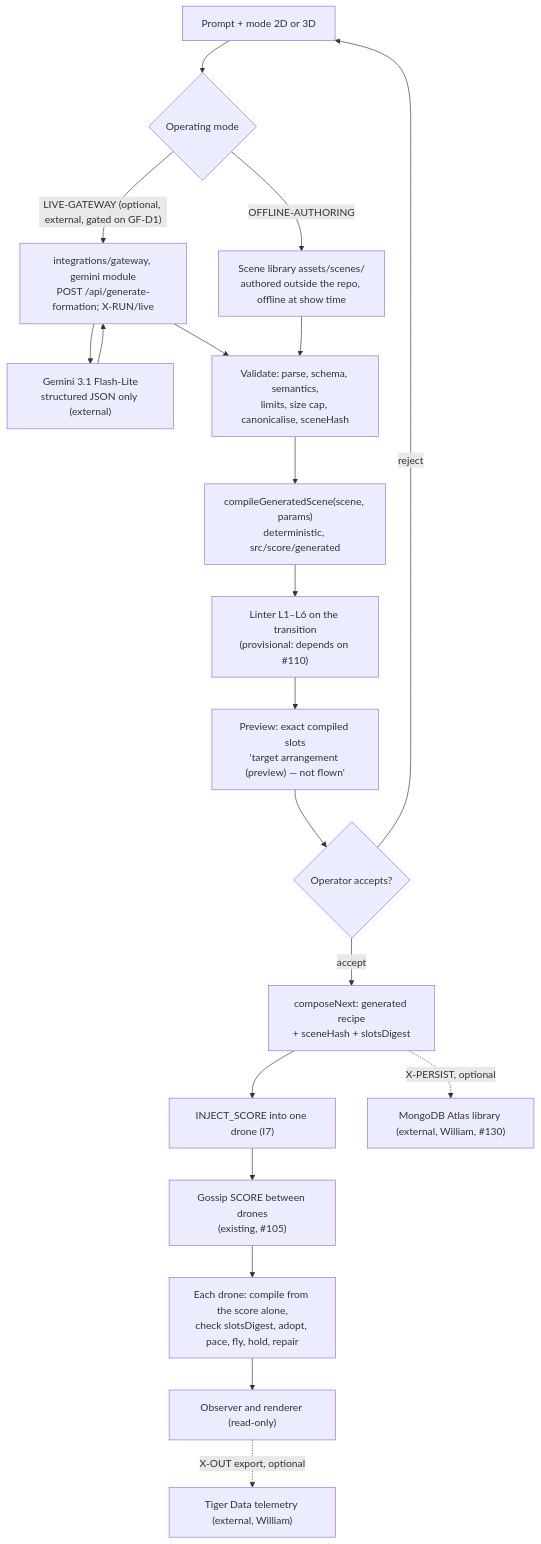
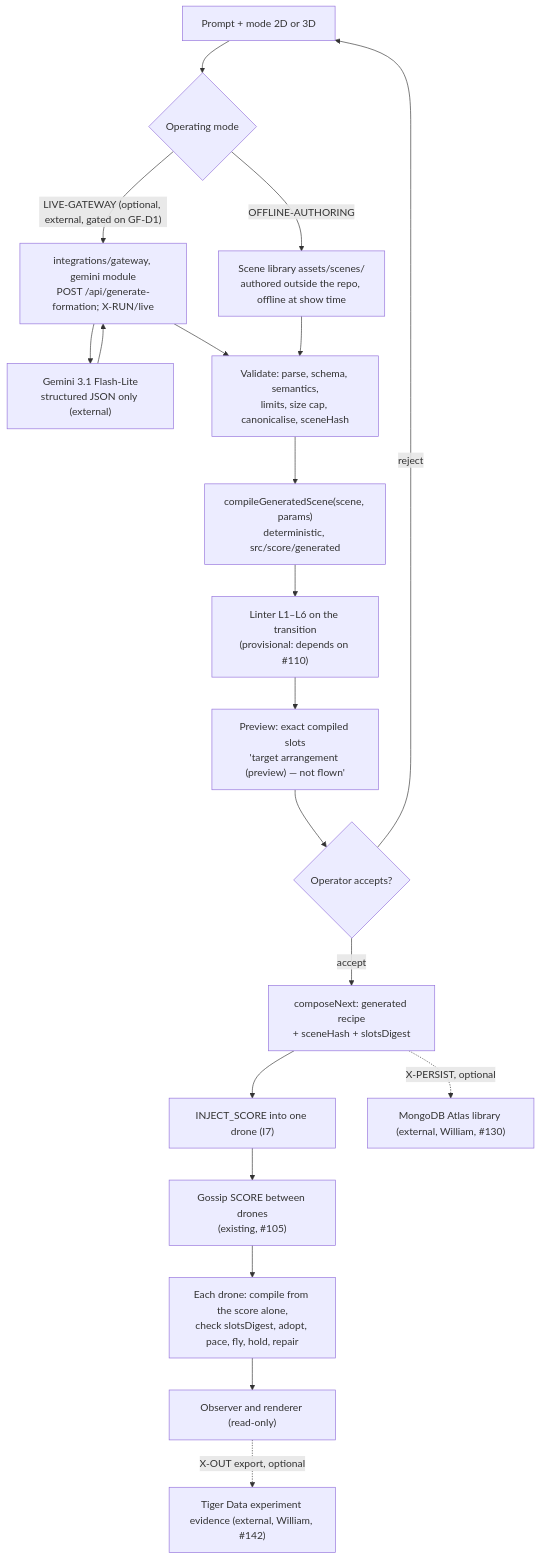
The diagram in docs/integrations/gemini-generated-formations.md (durhacko/Pihh), drawn with Mermaid before and after one commit. The commit also changed other lines of this file and 2 other files, not shown here.

````diff
--- a/docs/integrations/gemini-generated-formations.md
+++ b/docs/integrations/gemini-generated-formations.md
@@ -136,22 +161,22 @@
 ```mermaid
 flowchart TD
   P["Prompt + mode 2D or 3D"] --> G{"Operating mode"}
   G -->|"LIVE-GATEWAY (optional, external, gated on GF-D1)"| GW["integrations/gateway, gemini module<br/>POST /api/generate-formation; X-RUN/live"]
   GW --> GM["Gemini 3.1 Flash-Lite<br/>structured JSON only (external)"]
   GM --> GW
   G -->|"OFFLINE-AUTHORING"| LIB["Scene library assets/scenes/<br/>authored outside the repo, offline at show time"]
   GW --> V["Validate: parse, schema, semantics,<br/>limits, size cap, canonicalise, sceneHash"]
   LIB --> V
   V --> C["compileGeneratedScene(scene, params)<br/>deterministic, src/score/generated"]
   C --> L["Linter L1–L6 on the transition<br/>(provisional: depends on #110)"]
   L --> PV["Preview: exact compiled slots<br/>'target arrangement (preview) — not flown'"]
   PV --> A{"Operator accepts?"}
   A -->|"reject"| P
   A -->|"accept"| CN["composeNext: generated recipe<br/>+ sceneHash + slotsDigest"]
   CN --> INJ["INJECT_SCORE into one drone (I7)"]
   INJ --> GS["Gossip SCORE between drones<br/>(existing, #105)"]
   GS --> D["Each drone: compile from the score alone,<br/>check slotsDigest, adopt, pace, fly, hold, repair"]
   D --> OBS["Observer and renderer (read-only)"]
-  OBS -.->|"X-OUT export, optional"| TD["Tiger Data telemetry (external, William)"]
+  OBS -.->|"X-OUT export, optional"| TD["Tiger Data experiment evidence (external, William, #142)"]
   CN -.->|"X-PERSIST, optional"| MDB["MongoDB Atlas library (external, William, #130)"]
 ```
````
